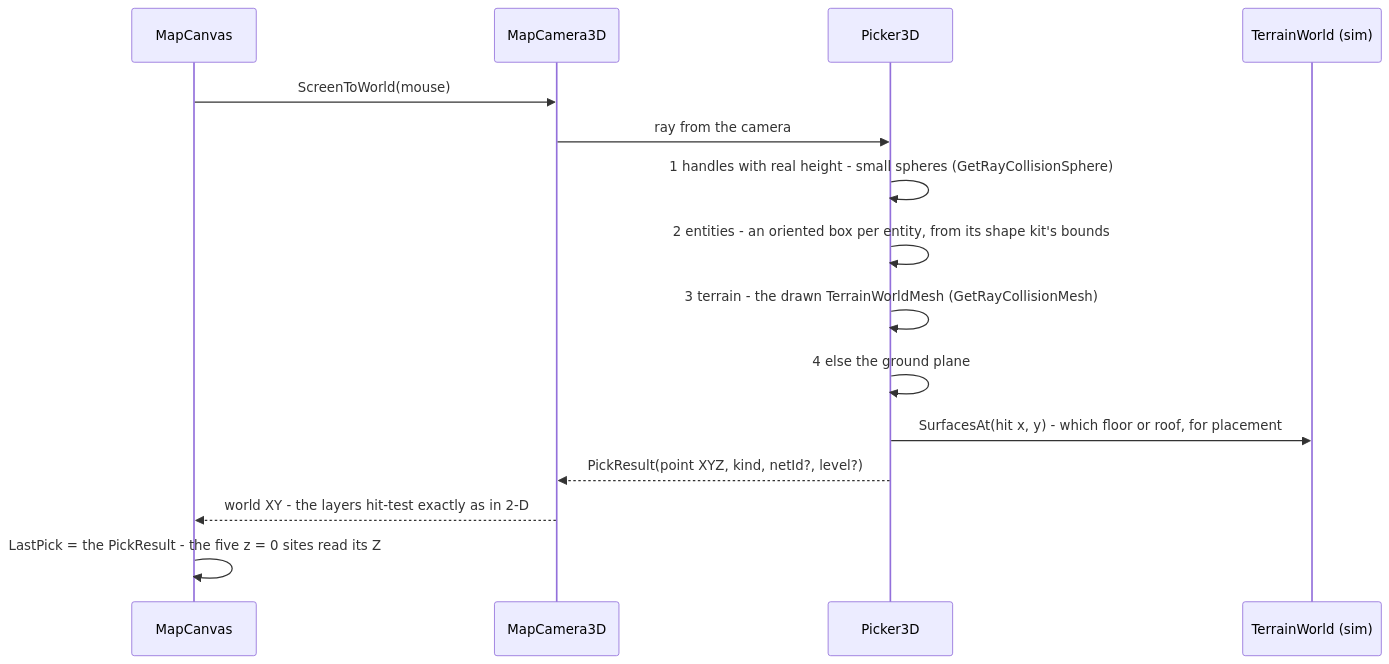
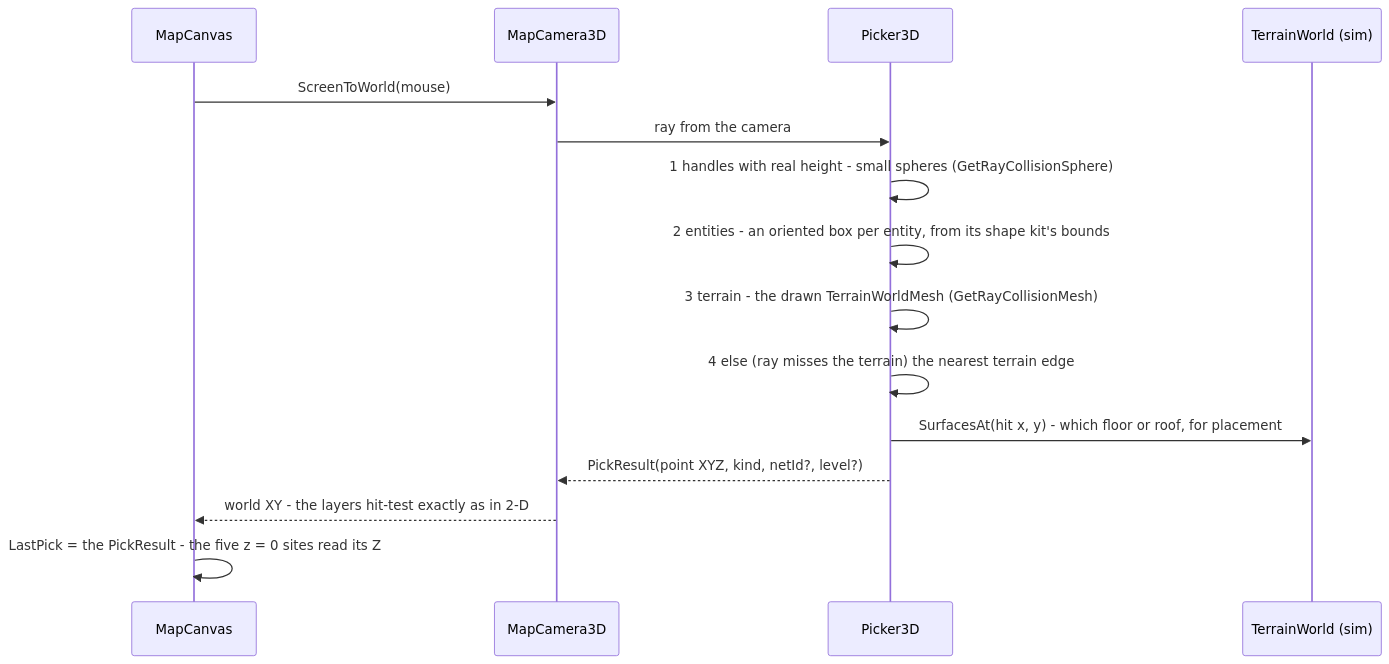
Before and after one commit to pjanec/HROT: the eighth of 10 diagrams in docs/DESIGN_Map_3D_Mode.md, drawn with Mermaid. The commit also changed other lines of this file and 2 other files, not shown here.

First line of the commit message:
design(CE-1033): 3-D map — all leans approved (U23); never assume flat terrain (R-248, §3.10)

````diff
--- a/docs/DESIGN_Map_3D_Mode.md
+++ b/docs/DESIGN_Map_3D_Mode.md
@@ -482,17 +483,17 @@
 ```mermaid
 sequenceDiagram
   participant C as MapCanvas
   participant K as MapCamera3D
   participant P as Picker3D
   participant TW as TerrainWorld (sim)
   C->>K: ScreenToWorld(mouse)
   K->>P: ray from the camera
   P->>P: 1 handles with real height - small spheres (GetRayCollisionSphere)
   P->>P: 2 entities - an oriented box per entity, from its shape kit's bounds
   P->>P: 3 terrain - the drawn TerrainWorldMesh (GetRayCollisionMesh)
-  P->>P: 4 else the ground plane
+  P->>P: 4 else (ray misses the terrain) the nearest terrain edge
   P->>TW: SurfacesAt(hit x, y) - which floor or roof, for placement
   P-->>K: PickResult(point XYZ, kind, netId?, level?)
   K-->>C: world XY - the layers hit-test exactly as in 2-D
   C->>C: LastPick = the PickResult - the five z = 0 sites read its Z
 ```
````
